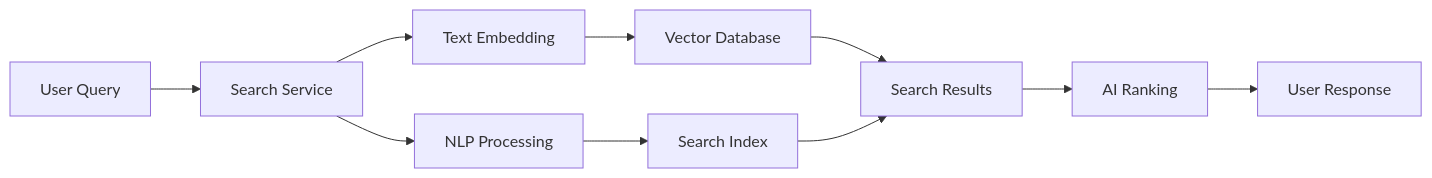
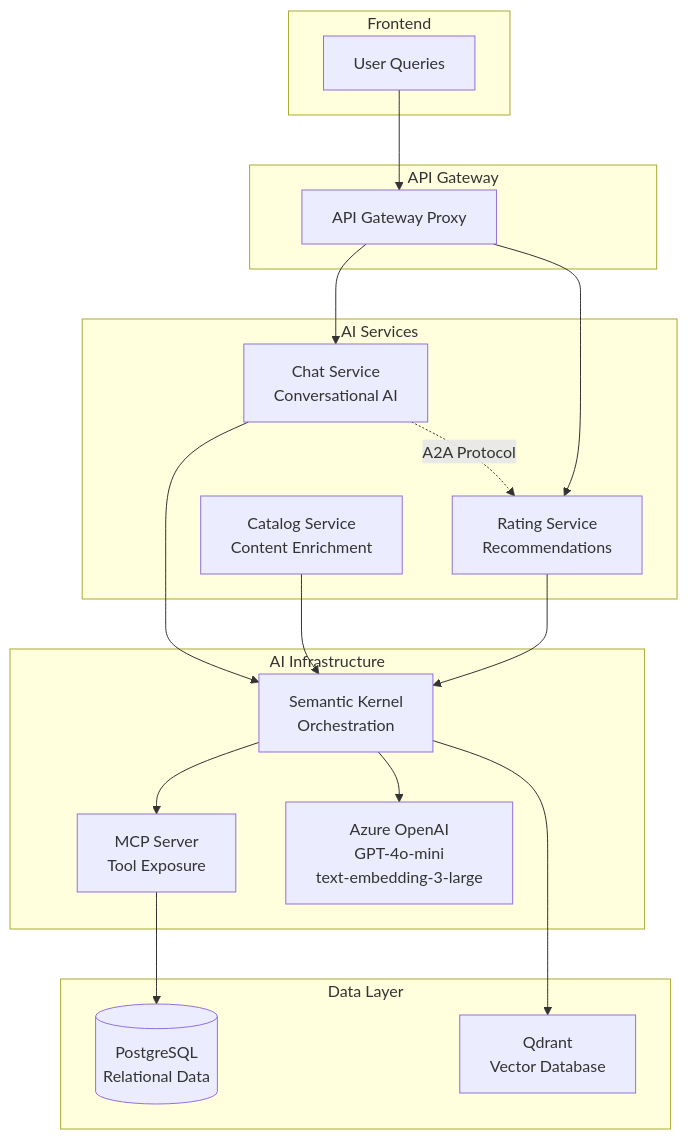
Before and after one commit to foxminchan/BookWorm: the second of 3 diagrams in docs/docusaurus/docs/04-solution-strategy.mdx, drawn with Mermaid. The commit also changed other lines of this file and 100 other files, not shown here.

````diff
--- a/docs/docusaurus/docs/04-solution-strategy.mdx
+++ b/docs/docusaurus/docs/04-solution-strategy.mdx
@@ -204,12 +246,40 @@
 ```mermaid
-graph LR
-    UserQuery[User Query] --> SearchService[Search Service]
-    SearchService --> Embedding[Text Embedding]
-    SearchService --> NLP[NLP Processing]
-    Embedding --> VectorDB[Vector Database]
-    NLP --> SearchIndex[Search Index]
-    VectorDB --> Results[Search Results]
-    SearchIndex --> Results
-    Results --> Ranking[AI Ranking]
-    Ranking --> UserResponse[User Response]
+graph TB
+    subgraph "Frontend"
+        User[User Queries]
+    end
+
+    subgraph "API Gateway"
+        Gateway[API Gateway Proxy]
+    end
+
+    subgraph "AI Services"
+        Chat[Chat Service<br/>Conversational AI]
+        Rating[Rating Service<br/>Recommendations]
+        Catalog[Catalog Service<br/>Content Enrichment]
+    end
+
+    subgraph "AI Infrastructure"
+        MCP[MCP Server<br/>Tool Exposure]
+        SK[Semantic Kernel<br/>Orchestration]
+        AzureAI[Azure OpenAI<br/>GPT-4o-mini<br/>text-embedding-3-large]
+    end
+
+    subgraph "Data Layer"
+        VectorDB[Qdrant<br/>Vector Database]
+        Postgres[(PostgreSQL<br/>Relational Data)]
+    end
+
+    User --> Gateway
+    Gateway --> Chat
+    Gateway --> Rating
+    Chat --> SK
+    Rating --> SK
+    Catalog --> SK
+    SK --> MCP
+    SK --> AzureAI
+    SK --> VectorDB
+    MCP --> Postgres
+
+    Chat -.A2A Protocol.-> Rating
 ```
````
